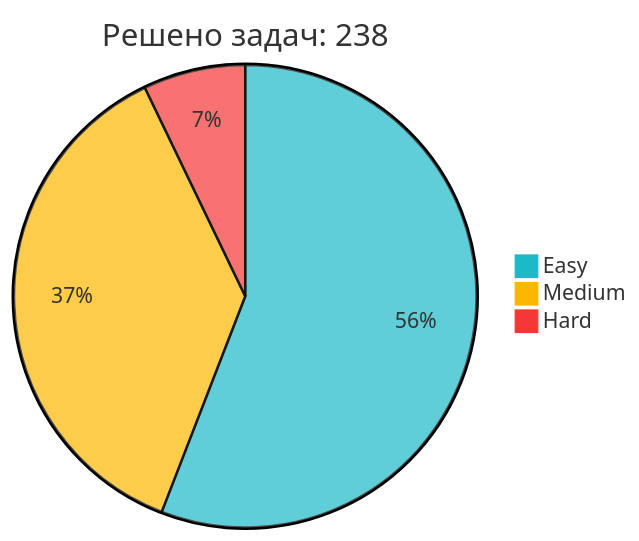
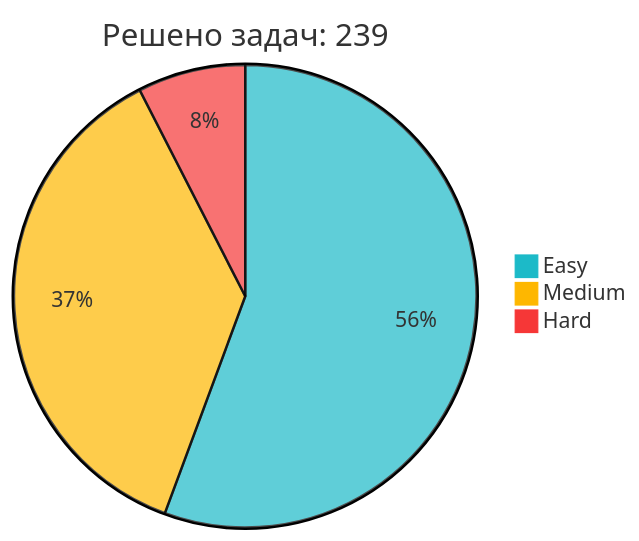
Before and after one commit to IliaKurdukov/IliaKurdukov: the diagram in README.md, drawn with Mermaid. The commit also changed other lines of this file, not shown here.

Commit message:
📈 Обновление статистики LeetCode

````diff
--- a/README.md
+++ b/README.md
@@ -51,7 +51,7 @@
 ```mermaid
 %%{init: {'theme': 'base', 'themeVariables': { 'pie1': '#1CBAC8', 'pie2': '#FEB700', 'pie3': '#F63737' }, 'config': {'width': 300, 'height': 200}}}%%
-pie title Решено задач: 238
+pie title Решено задач: 239
    "Easy" : 133
    "Medium" : 88
-   "Hard" : 17
+   "Hard" : 18
 ```
````
